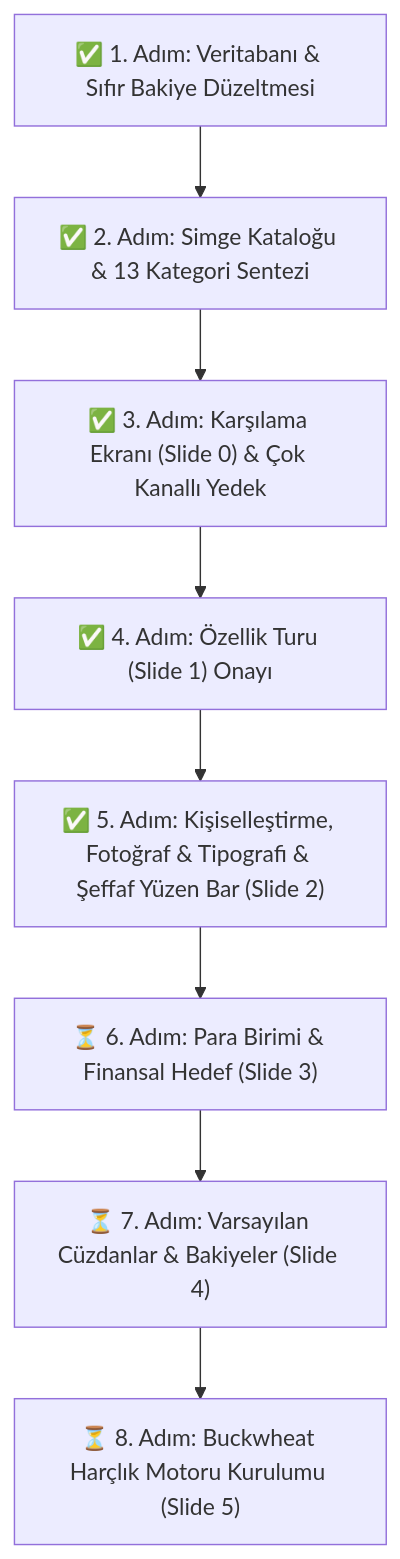
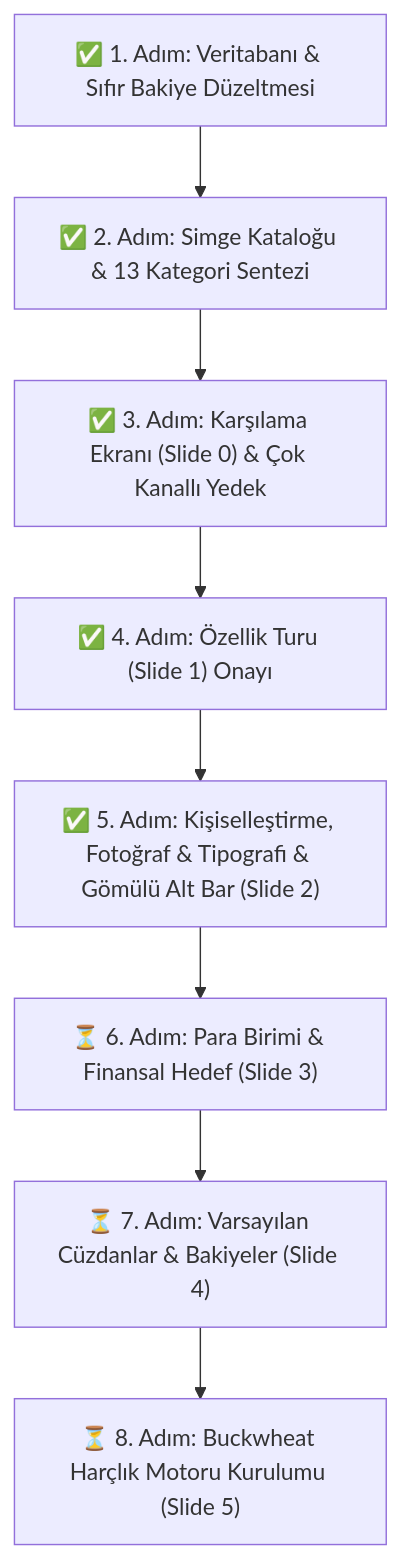
One commit to mehmetsensoyme/TrioTrack changed the third of 3 diagrams in DOCUMENTATION.md. Above: the diagram before and after it, drawn with Mermaid. The commit also changed other lines of this file, not shown here.

Commit message:
docs: update documentation to describe embedded in-flow bottom navigation

````diff
--- a/DOCUMENTATION.md
+++ b/DOCUMENTATION.md
@@ -203,13 +202,13 @@
 ```mermaid
 flowchart TD
     Step1["✅ 1. Adım: Veritabanı & Sıfır Bakiye Düzeltmesi"]
     Step2["✅ 2. Adım: Simge Kataloğu & 13 Kategori Sentezi"]
     Step3["✅ 3. Adım: Karşılama Ekranı (Slide 0) & Çok Kanallı Yedek"]
     Step4["✅ 4. Adım: Özellik Turu (Slide 1) Onayı"]
-    Step5["✅ 5. Adım: Kişiselleştirme, Fotoğraf & Tipografi & Şeffaf Yüzen Bar (Slide 2)"]
+    Step5["✅ 5. Adım: Kişiselleştirme, Fotoğraf & Tipografi & Gömülü Alt Bar (Slide 2)"]
     Step6["⏳ 6. Adım: Para Birimi & Finansal Hedef (Slide 3)"]
     Step7["⏳ 7. Adım: Varsayılan Cüzdanlar & Bakiyeler (Slide 4)"]
     Step8["⏳ 8. Adım: Buckwheat Harçlık Motoru Kurulumu (Slide 5)"]
     
     Step1 --> Step2 --> Step3 --> Step4 --> Step5 --> Step6 --> Step7 --> Step8
 ```
````
